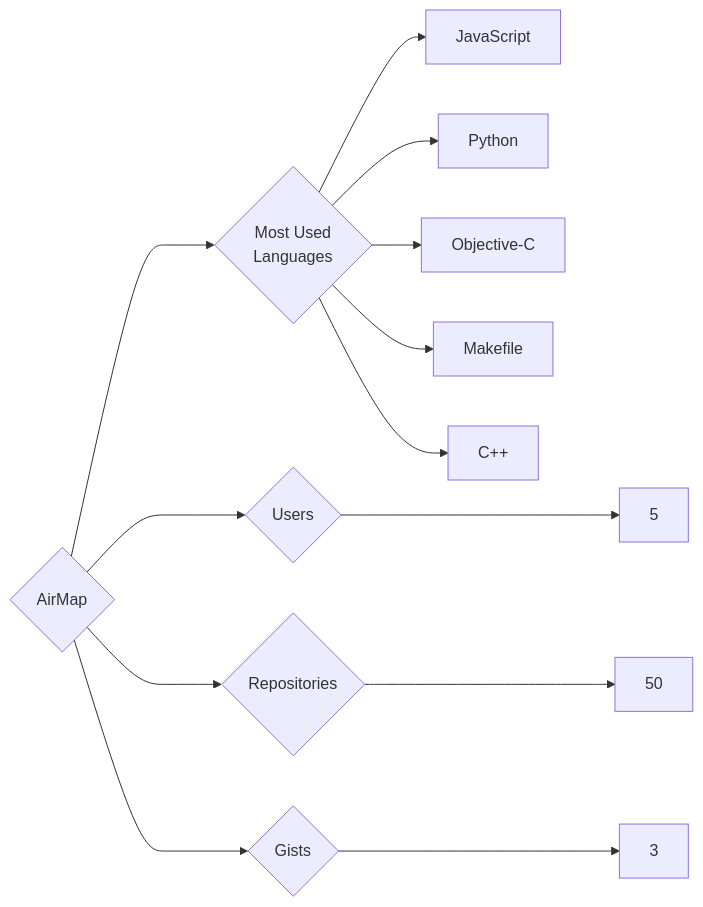
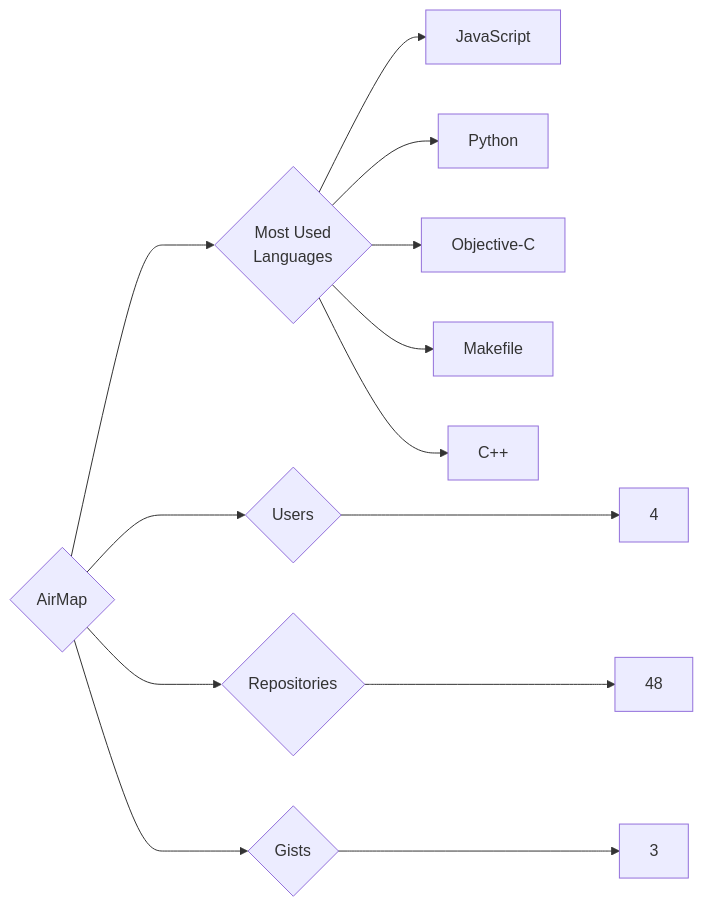
One commit to trickest/insiders changed the diagram in targets/AirMap/README.md. Above: the diagram before and after it, drawn with Mermaid. The commit also changed 618 other files, not shown here.

````diff
--- a/targets/AirMap/README.md
+++ b/targets/AirMap/README.md
@@ -3,13 +3,13 @@
 ```mermaid
 graph LR
 COMPANY_NAME{AirMap}
-COMPANY_NAME ---> U{Users} ---> UN[5]
-COMPANY_NAME ---> R{Repositories} ---> RN[50]
+COMPANY_NAME ---> U{Users} ---> UN[4]
+COMPANY_NAME ---> R{Repositories} ---> RN[48]
 COMPANY_NAME ---> G{Gists} ---> GN[3]
 COMPANY_NAME ---> ML{Most Used<br>Languages}
 ML --> JavaScript[JavaScript]
 ML --> Python[Python]
 ML --> Objective-C[Objective-C]
 ML --> Makefile[Makefile]
 ML --> C++[C++]
 ```
````
